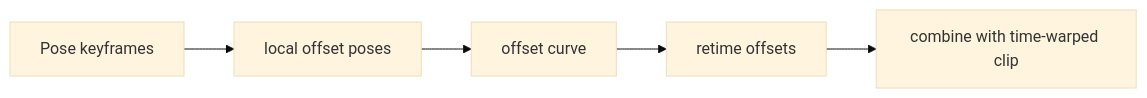
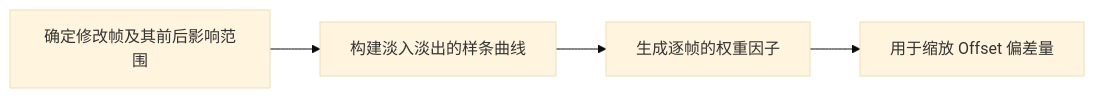
Before and after one commit to EvihGraphics/AnimationTech-HTC: the ninth of 10 diagrams in docs/blog/AnimationPapers/motion_warping/README.md, drawn with Mermaid (base theme). The commit also changed other lines of this file and 17 other files, not shown here.

Commit message:
docs(blog): standardize AnimationPapers and Theory with modular mermaid flows and media assets

````diff
--- a/docs/blog/AnimationPapers/motion_warping/README.md
+++ b/docs/blog/AnimationPapers/motion_warping/README.md
@@ -103,7 +191,6 @@
 ```mermaid
 flowchart LR
-    P[Pose keyframes] --> O[local offset poses]
-    O --> C[offset curve]
-    C --> T[retime offsets]
-    T --> F[combine with time-warped clip]
+    A[确定修改帧及其前后影响范围] --> B[构建淡入淡出的样条曲线]
+    B --> C[生成逐帧的权重因子]
+    C --> D[用于缩放 Offset 偏差量]
 ```
````
